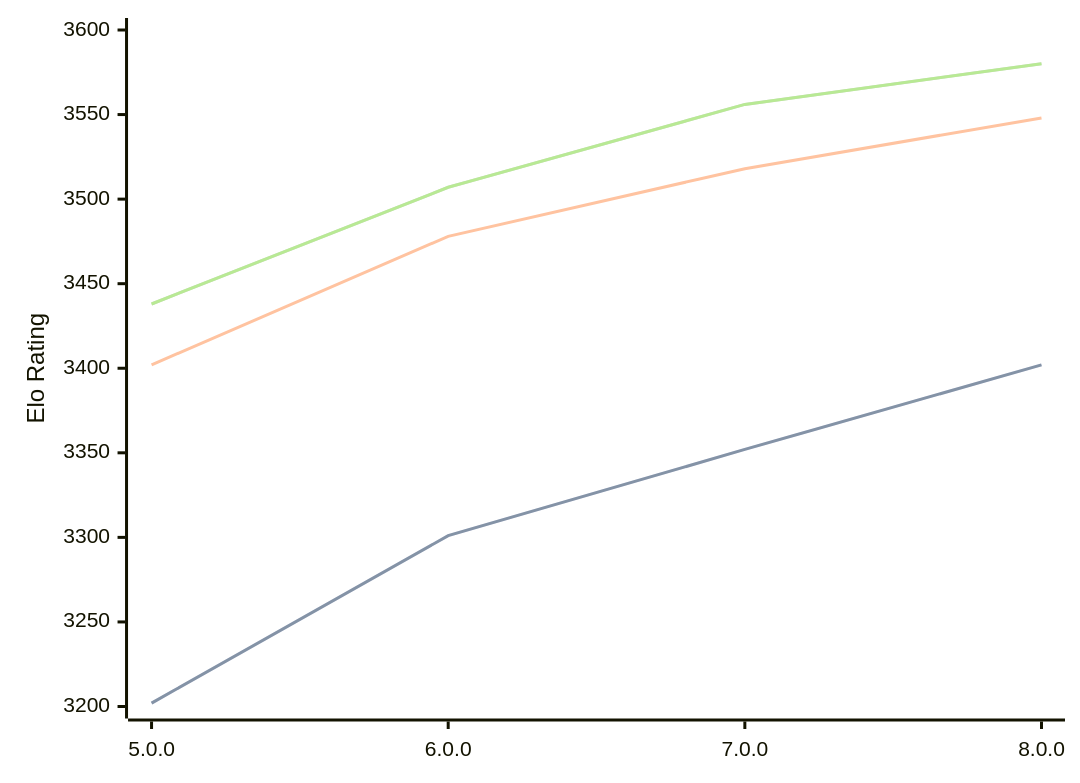
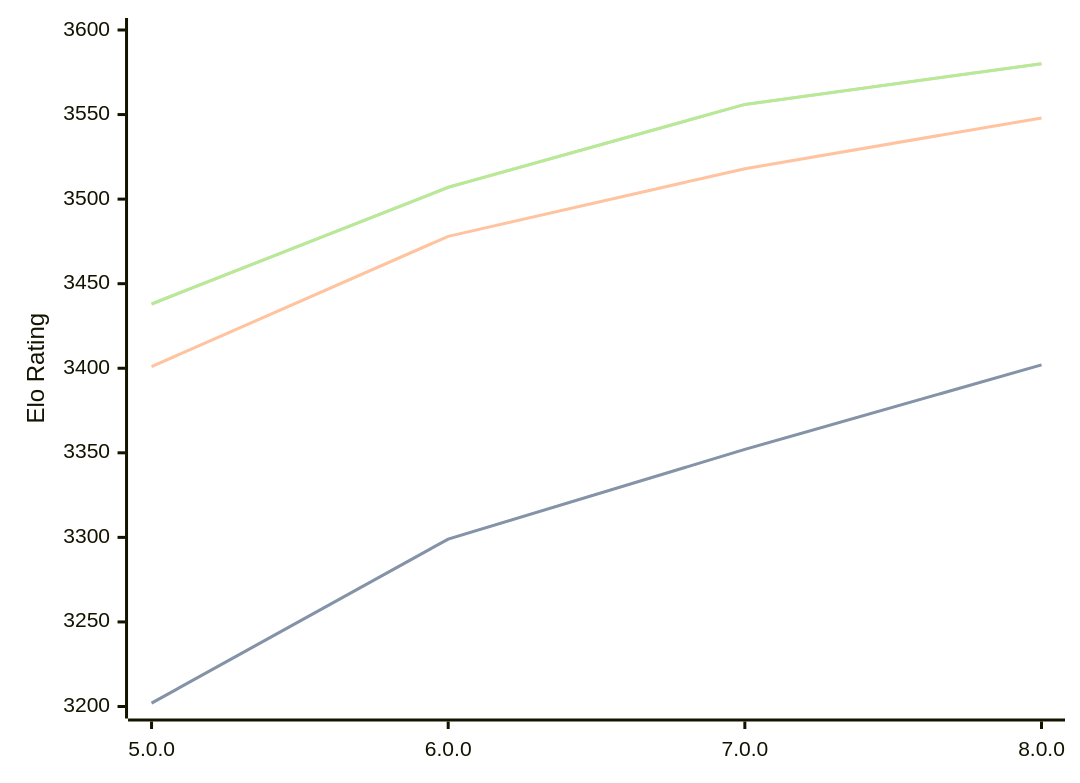
One commit to computer-chess-index/cci changed the diagram in engines/Stormphrax.md. Above: the diagram before and after it, drawn with Mermaid. The commit also changed other lines of this file, not shown here.

````diff
--- a/engines/Stormphrax.md
+++ b/engines/Stormphrax.md
@@ -34,11 +34,11 @@
 ```mermaid
 %%{init: {"theme":"base","themeVariables":{"seriesColors:['#a3a3a3','#222221','#faa371']}}}%%
 xychart-beta
   x-axis ["5.0.0", "6.0.0", "7.0.0", "8.0.0"]
   y-axis "Elo Rating" 3200 --> 3600
-  line "" [3202, 3301, 3352, 3402]
-  line "STC (8.0+0.08s)" [3202, 3301, 3352, 3402]
-  line "LTC (60.0+0.60s)" [3402, 3478, 3518, 3548]
+  line "" [3202, 3299, 3352, 3402]
+  line "STC (8.0+0.08s)" [3202, 3299, 3352, 3402]
+  line "LTC (60.0+0.60s)" [3401, 3478, 3518, 3548]
   line "" [3438, 3507, 3556, 3580]
   line "VLTC (2m24s+1.12s)" [3438, 3507, 3556, 3580]
 ```
````
